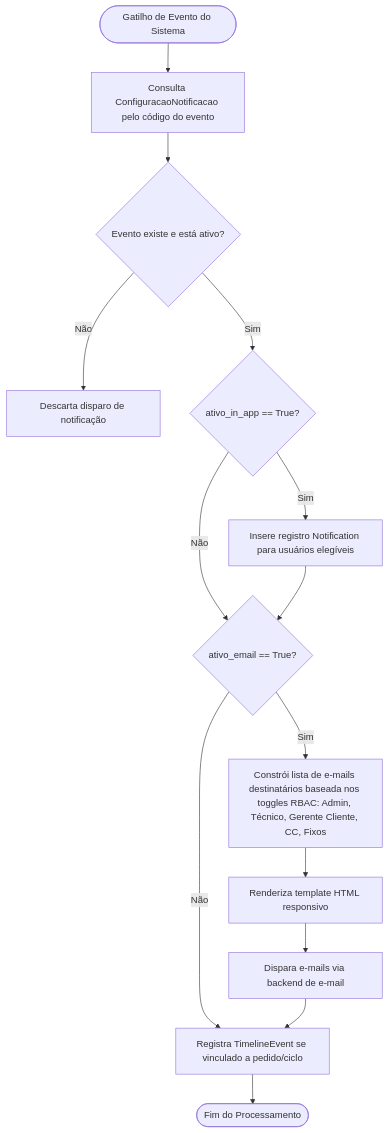
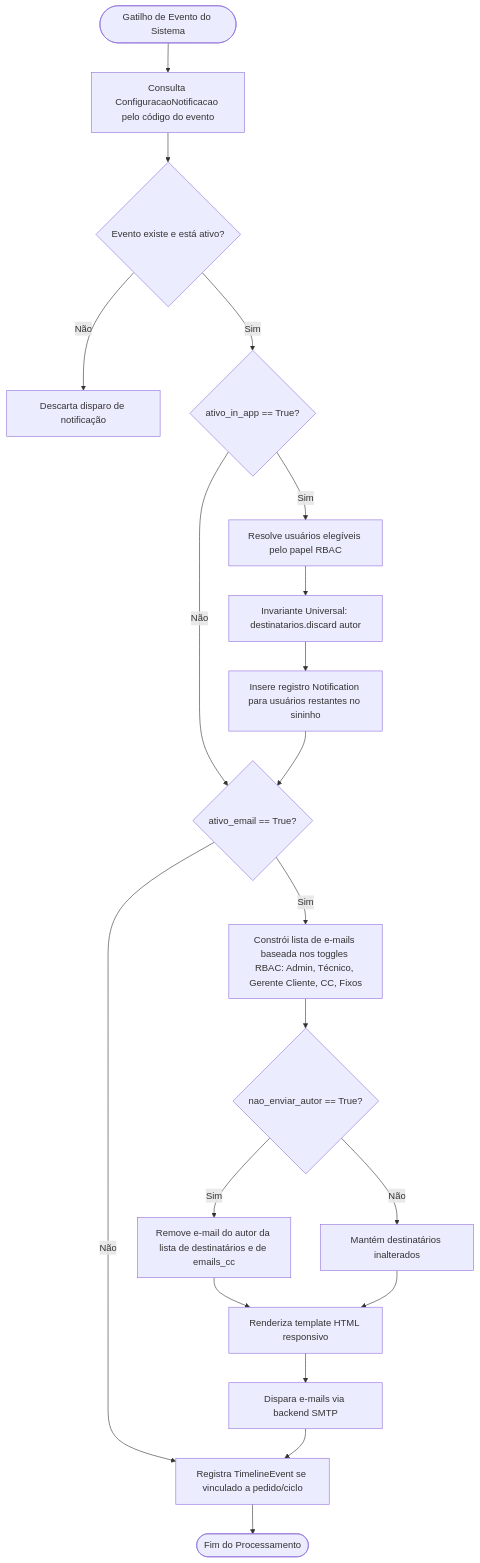
The diagram in _reversa_sdd/flowcharts/notificacoes-despacho_declarativo.md (andresouza72br-sketch/SHM---Support-Hours-Manage), drawn with Mermaid before and after one commit. The commit also changed other lines of this file and 28 other files, not shown here.

First line of the commit message:
feat(notificacoes): implementa supressao para o autor e consolida re-extracao SDD

````diff
--- a/_reversa_sdd/flowcharts/notificacoes-despacho_declarativo.md
+++ b/_reversa_sdd/flowcharts/notificacoes-despacho_declarativo.md
@@ -3,20 +3,28 @@
 ```mermaid
 flowchart TD
     Trigger([Gatilho de Evento do Sistema]) --> BuscaConfig[Consulta ConfiguracaoNotificacao pelo código do evento]
     BuscaConfig --> ConfigAtiva{Evento existe e está ativo?}
     
     ConfigAtiva -- Não --> Aborta[Descarta disparo de notificação]
     ConfigAtiva -- Sim --> AvaliaInApp{ativo_in_app == True?}
     
-    AvaliaInApp -- Sim --> CriaNotification[Insere registro Notification para usuários elegíveis]
+    AvaliaInApp -- Sim --> ResolveInApp[Resolve usuários elegíveis pelo papel RBAC]
+    ResolveInApp --> InvarianteInApp[Invariante Universal: destinatarios.discard autor]
+    InvarianteInApp --> CriaNotification[Insere registro Notification para usuários restantes no sininho]
     AvaliaInApp -- Não --> AvaliaEmail
+    CriaNotification --> AvaliaEmail{ativo_email == True?}
     
-    CriaNotification --> AvaliaEmail{ativo_email == True?}
     AvaliaEmail -- Não --> Timeline[Registra TimelineEvent se vinculado a pedido/ciclo]
     
-    AvaliaEmail -- Sim --> MontaLista[Constrói lista de e-mails destinatários baseada nos toggles RBAC: Admin, Técnico, Gerente Cliente, CC, Fixos]
-    MontaLista --> RenderTemplate[Renderiza template HTML responsivo]
-    RenderTemplate --> EnviaSMTP[Dispara e-mails via backend de e-mail]
+    AvaliaEmail -- Sim --> MontaLista[Constrói lista de e-mails baseada nos toggles RBAC: Admin, Técnico, Gerente Cliente, CC, Fixos]
+    MontaLista --> ChecaNaoEnviarAutor{nao_enviar_autor == True?}
+    
+    ChecaNaoEnviarAutor -- Sim --> ExpurgarAutor[Remove e-mail do autor da lista de destinatários e de emails_cc]
+    ChecaNaoEnviarAutor -- Não --> MantemLista[Mantém destinatários inalterados]
+    
+    ExpurgarAutor --> RenderTemplate[Renderiza template HTML responsivo]
+    MantemLista --> RenderTemplate
+    RenderTemplate --> EnviaSMTP[Dispara e-mails via backend SMTP]
     EnviaSMTP --> Timeline
     Timeline --> Fim([Fim do Processamento])
 ```
````
